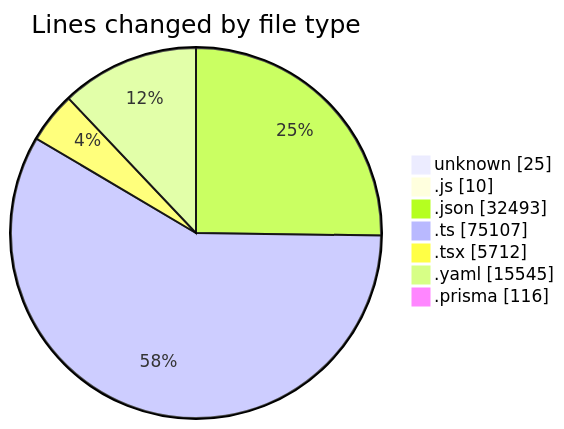
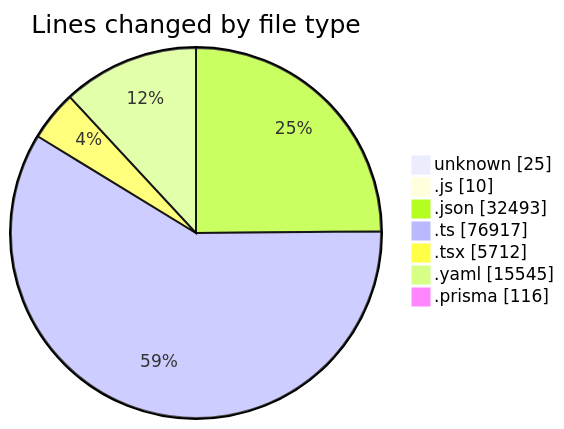
The first of 2 diagrams in 2025-05-02/ecodeli/README.md (CELIANVF/code-tracking), drawn with Mermaid before and after one commit. The commit also changed other lines of this file and 1 other file, not shown here.

````diff
--- a/2025-05-02/ecodeli/README.md
+++ b/2025-05-02/ecodeli/README.md
@@ -83,11 +85,11 @@
 ```mermaid
 pie showData
 title Lines changed by file type
 "unknown" : 25
 ".js" : 10
 ".json" : 32493
-".ts" : 75107
+".ts" : 76917
 ".tsx" : 5712
 ".yaml" : 15545
 ".prisma" : 116
 ```
````
